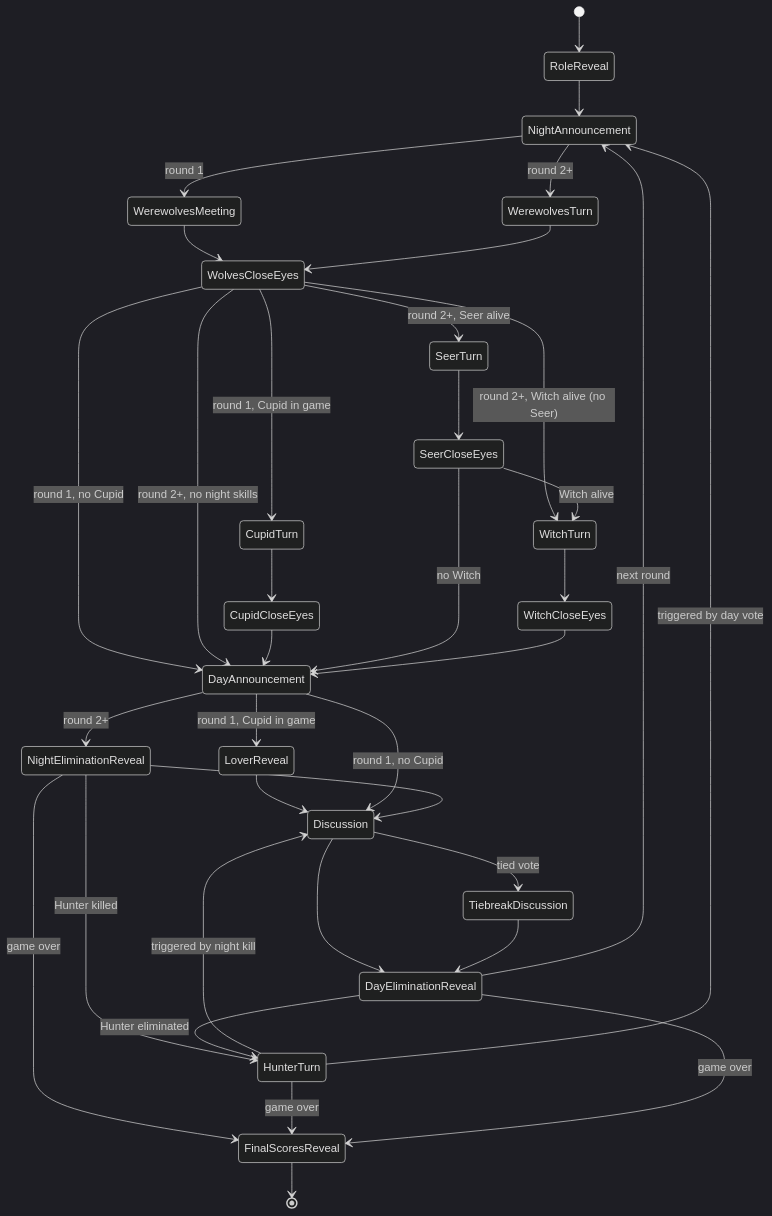
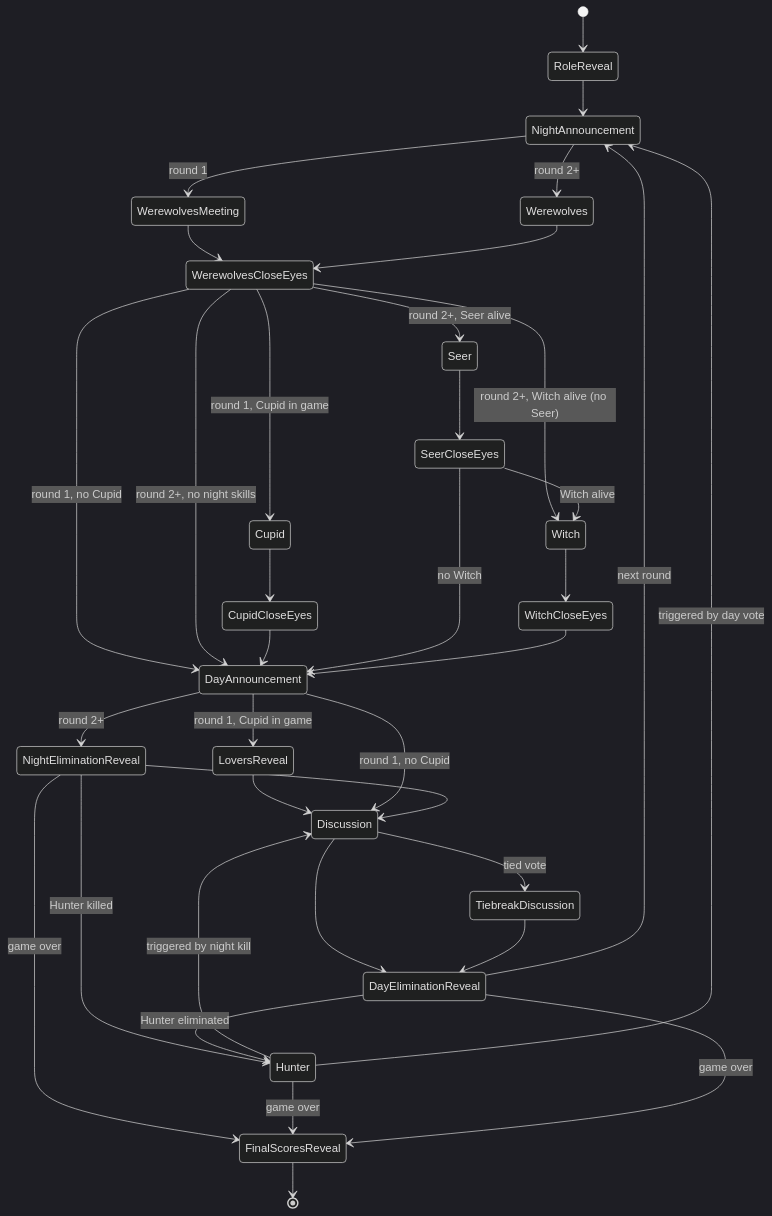
One commit to pauldendulk/werewolves changed the diagram in docs-src/docs/phases.md. Above: the diagram before and after it, drawn with Mermaid (dark theme). The commit also changed other lines of this file and 84 other files, not shown here.

````diff
--- a/docs-src/docs/phases.md
+++ b/docs-src/docs/phases.md
@@ -80,54 +80,54 @@
 ```mermaid
 stateDiagram-v2
     [*] --> RoleReveal
 
     RoleReveal --> NightAnnouncement
 
     NightAnnouncement --> WerewolvesMeeting : round 1
-    NightAnnouncement --> WerewolvesTurn : round 2+
+    NightAnnouncement --> Werewolves : round 2+
 
-    WerewolvesMeeting --> WolvesCloseEyes
+    WerewolvesMeeting --> WerewolvesCloseEyes
 
-    WolvesCloseEyes --> CupidTurn : round 1, Cupid in game
-    WolvesCloseEyes --> DayAnnouncement : round 1, no Cupid
-    WolvesCloseEyes --> SeerTurn : round 2+, Seer alive
-    WolvesCloseEyes --> WitchTurn : round 2+, Witch alive (no Seer)
-    WolvesCloseEyes --> DayAnnouncement : round 2+, no night skills
+    WerewolvesCloseEyes --> Cupid : round 1, Cupid in game
+    WerewolvesCloseEyes --> DayAnnouncement : round 1, no Cupid
+    WerewolvesCloseEyes --> Seer : round 2+, Seer alive
+    WerewolvesCloseEyes --> Witch : round 2+, Witch alive (no Seer)
+    WerewolvesCloseEyes --> DayAnnouncement : round 2+, no night skills
 
-    CupidTurn --> CupidCloseEyes
+    Cupid --> CupidCloseEyes
     CupidCloseEyes --> DayAnnouncement
 
-    LoverReveal --> Discussion
+    LoversReveal --> Discussion
 
-    WerewolvesTurn --> WolvesCloseEyes
+    Werewolves --> WerewolvesCloseEyes
 
-    SeerTurn --> SeerCloseEyes
-    SeerCloseEyes --> WitchTurn : Witch alive
+    Seer --> SeerCloseEyes
+    SeerCloseEyes --> Witch : Witch alive
     SeerCloseEyes --> DayAnnouncement : no Witch
 
-    WitchTurn --> WitchCloseEyes
+    Witch --> WitchCloseEyes
     WitchCloseEyes --> DayAnnouncement
 
-    DayAnnouncement --> LoverReveal : round 1, Cupid in game
+    DayAnnouncement --> LoversReveal : round 1, Cupid in game
     DayAnnouncement --> NightEliminationReveal : round 2+
     DayAnnouncement --> Discussion : round 1, no Cupid
 
-    NightEliminationReveal --> HunterTurn : Hunter killed
+    NightEliminationReveal --> Hunter : Hunter killed
     NightEliminationReveal --> Discussion
     NightEliminationReveal --> FinalScoresReveal : game over
 
-    HunterTurn --> Discussion : triggered by night kill
-    HunterTurn --> NightAnnouncement : triggered by day vote
-    HunterTurn --> FinalScoresReveal : game over
+    Hunter --> Discussion : triggered by night kill
+    Hunter --> NightAnnouncement : triggered by day vote
+    Hunter --> FinalScoresReveal : game over
 
     Discussion --> TiebreakDiscussion : tied vote
     Discussion --> DayEliminationReveal
 
     TiebreakDiscussion --> DayEliminationReveal
 
-    DayEliminationReveal --> HunterTurn : Hunter eliminated
+    DayEliminationReveal --> Hunter : Hunter eliminated
     DayEliminationReveal --> NightAnnouncement : next round
     DayEliminationReveal --> FinalScoresReveal : game over
 
     FinalScoresReveal --> [*]
 ```
````
